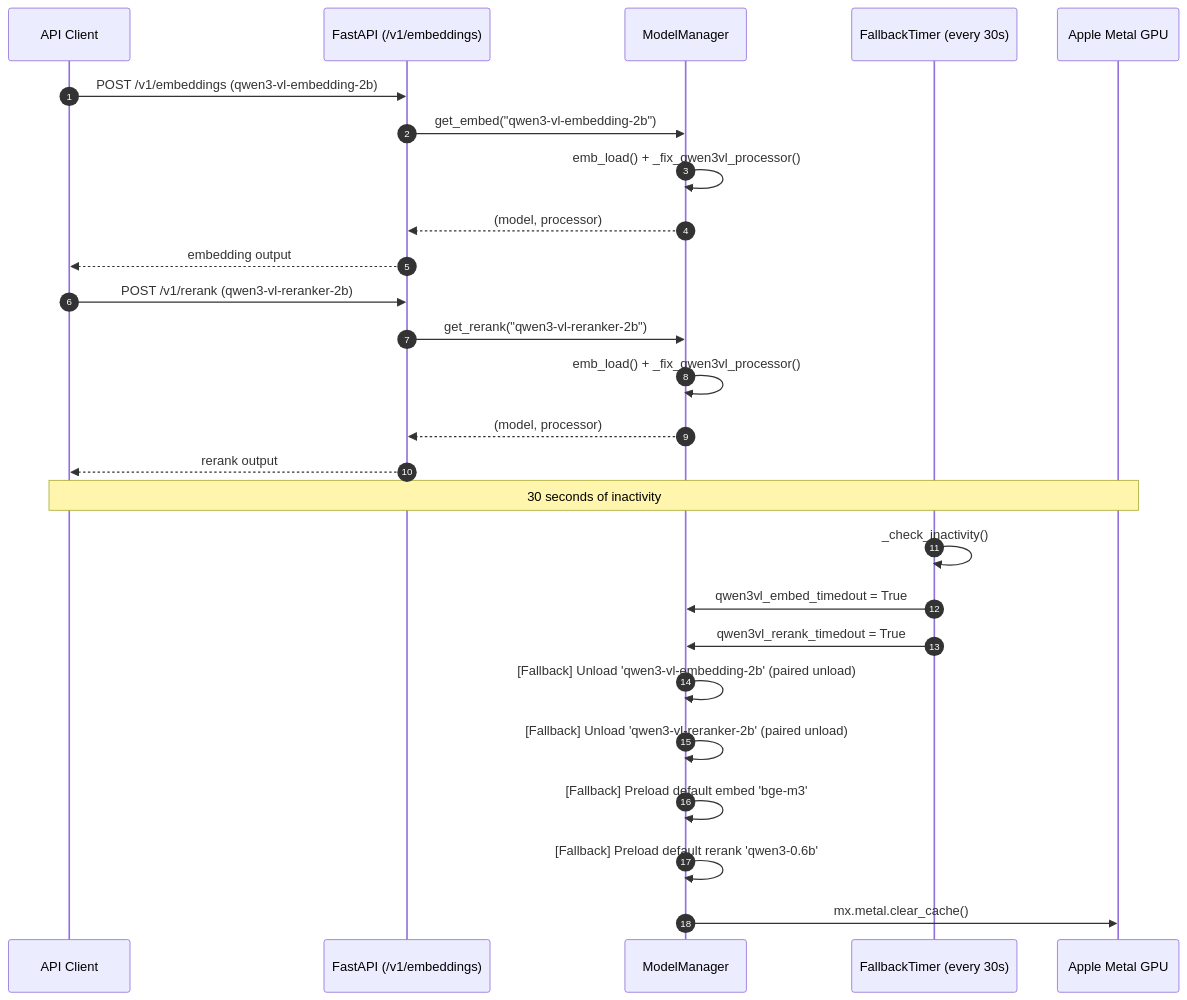
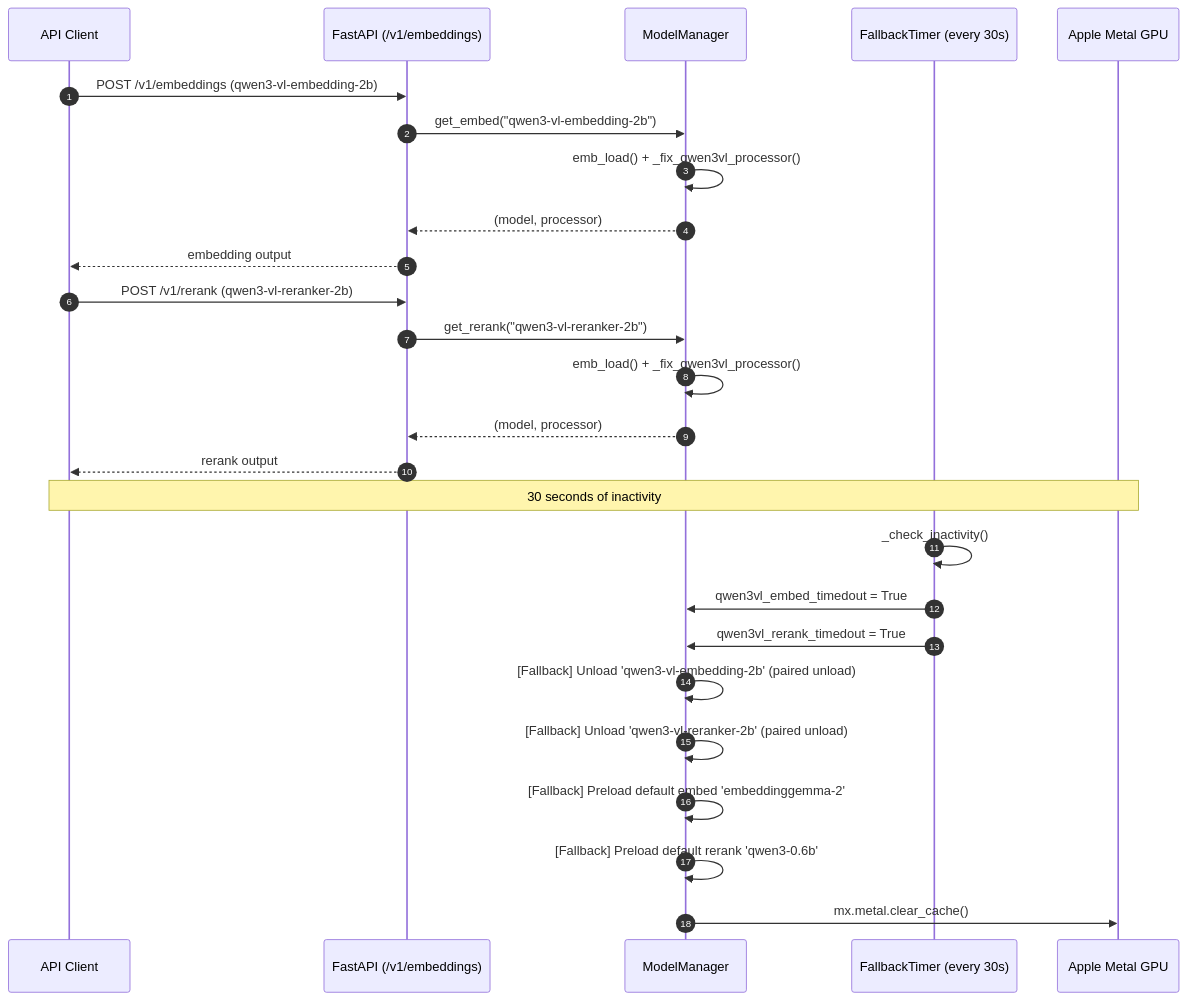
The second of 2 diagrams in README.md (norizou/mlx-embed-rerank-server), drawn with Mermaid before and after one commit. The commit also changed other lines of this file and 4 other files, not shown here.

First line of the commit message:
feat: make embeddinggemma-2 the default embedding model, and update docs

````diff
--- a/README.md
+++ b/README.md
@@ -158,33 +184,33 @@
 ```mermaid
 sequenceDiagram
     autonumber
     participant Client as API Client
     participant API as FastAPI (/v1/embeddings)
     participant MM as ModelManager
     participant Timer as FallbackTimer (every 30s)
     participant GPU as Apple Metal GPU
 
     Client->>API: POST /v1/embeddings (qwen3-vl-embedding-2b)
     API->>MM: get_embed("qwen3-vl-embedding-2b")
     MM->>MM: emb_load() + _fix_qwen3vl_processor()
     MM-->>API: (model, processor)
     API-->>Client: embedding output
 
     Client->>API: POST /v1/rerank (qwen3-vl-reranker-2b)
     API->>MM: get_rerank("qwen3-vl-reranker-2b")
     MM->>MM: emb_load() + _fix_qwen3vl_processor()
     MM-->>API: (model, processor)
     API-->>Client: rerank output
 
     Note over Client,GPU: 30 seconds of inactivity
 
     Timer->>Timer: _check_inactivity()
     Timer->>MM: qwen3vl_embed_timedout = True
     Timer->>MM: qwen3vl_rerank_timedout = True
 
     MM->>MM: [Fallback] Unload 'qwen3-vl-embedding-2b' (paired unload)
     MM->>MM: [Fallback] Unload 'qwen3-vl-reranker-2b' (paired unload)
-    MM->>MM: [Fallback] Preload default embed 'bge-m3'
+    MM->>MM: [Fallback] Preload default embed 'embeddinggemma-2'
     MM->>MM: [Fallback] Preload default rerank 'qwen3-0.6b'
     MM->>GPU: mx.metal.clear_cache()
 ```
````
